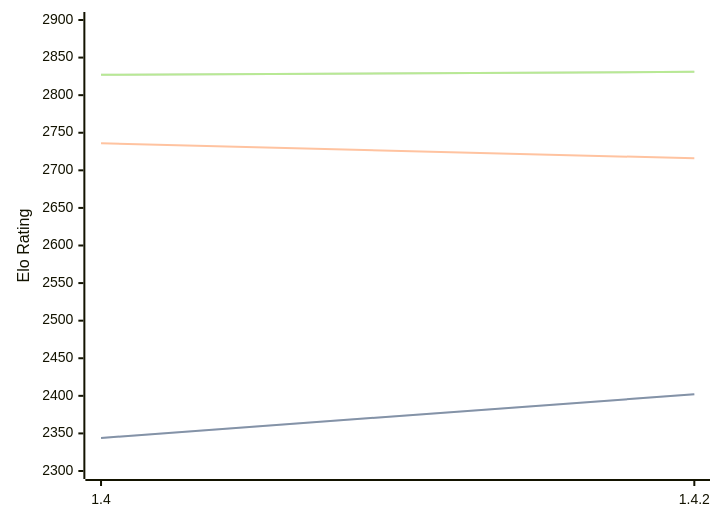
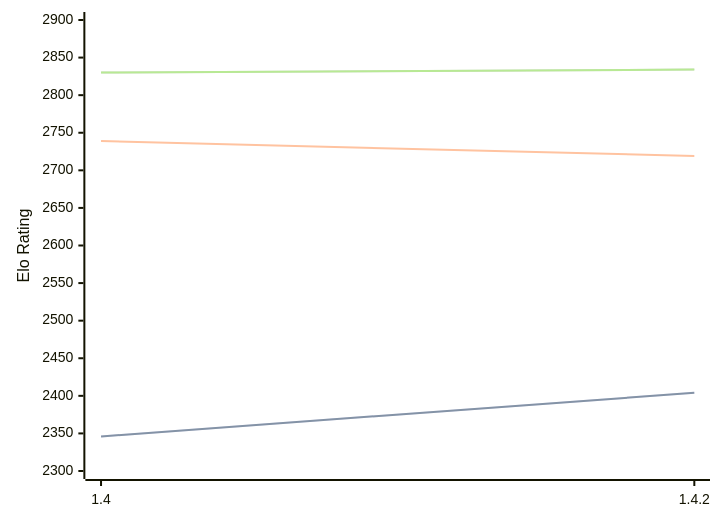
One commit to computer-chess-index/cci changed the diagram in engines/Spike.md. Above: the diagram before and after it, drawn with Mermaid. The commit also changed other lines of this file, not shown here.

Commit message:
Update CCI Ratings (ELO VLTC) - 2026-09-24

````diff
--- a/engines/Spike.md
+++ b/engines/Spike.md
@@ -32,11 +32,11 @@
 ```mermaid
 %%{init: {"theme":"base","themeVariables":{"seriesColors:['#a3a3a3','#222221','#faa371']}}}%%
 xychart-beta
   x-axis ["1.4", "1.4.2"]
   y-axis "Elo Rating" 2300 --> 2900
-  line "" [2344, 2402]
-  line "STC (8.0+0.08s)" [2344, 2402]
-  line "LTC (60.0+0.60s)" [2736, 2716]
-  line "" [2827, 2831]
-  line "VLTC (2m24s+1.12s)" [2827, 2831]
+  line "" [2346, 2404]
+  line "STC (8.0+0.08s)" [2346, 2404]
+  line "LTC (60.0+0.60s)" [2739, 2719]
+  line "" [2830, 2834]
+  line "VLTC (2m24s+1.12s)" [2830, 2834]
 ```
````
